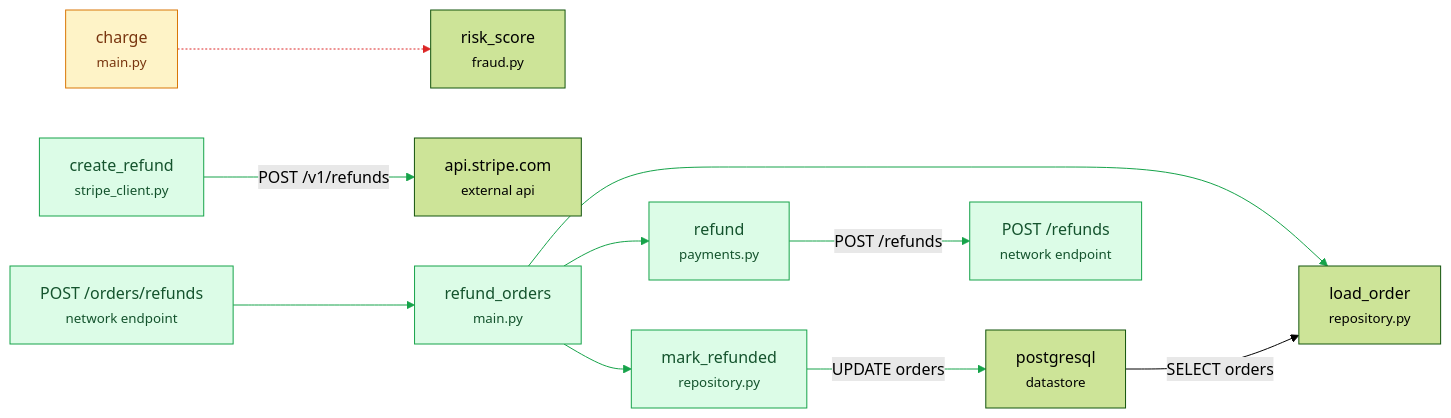
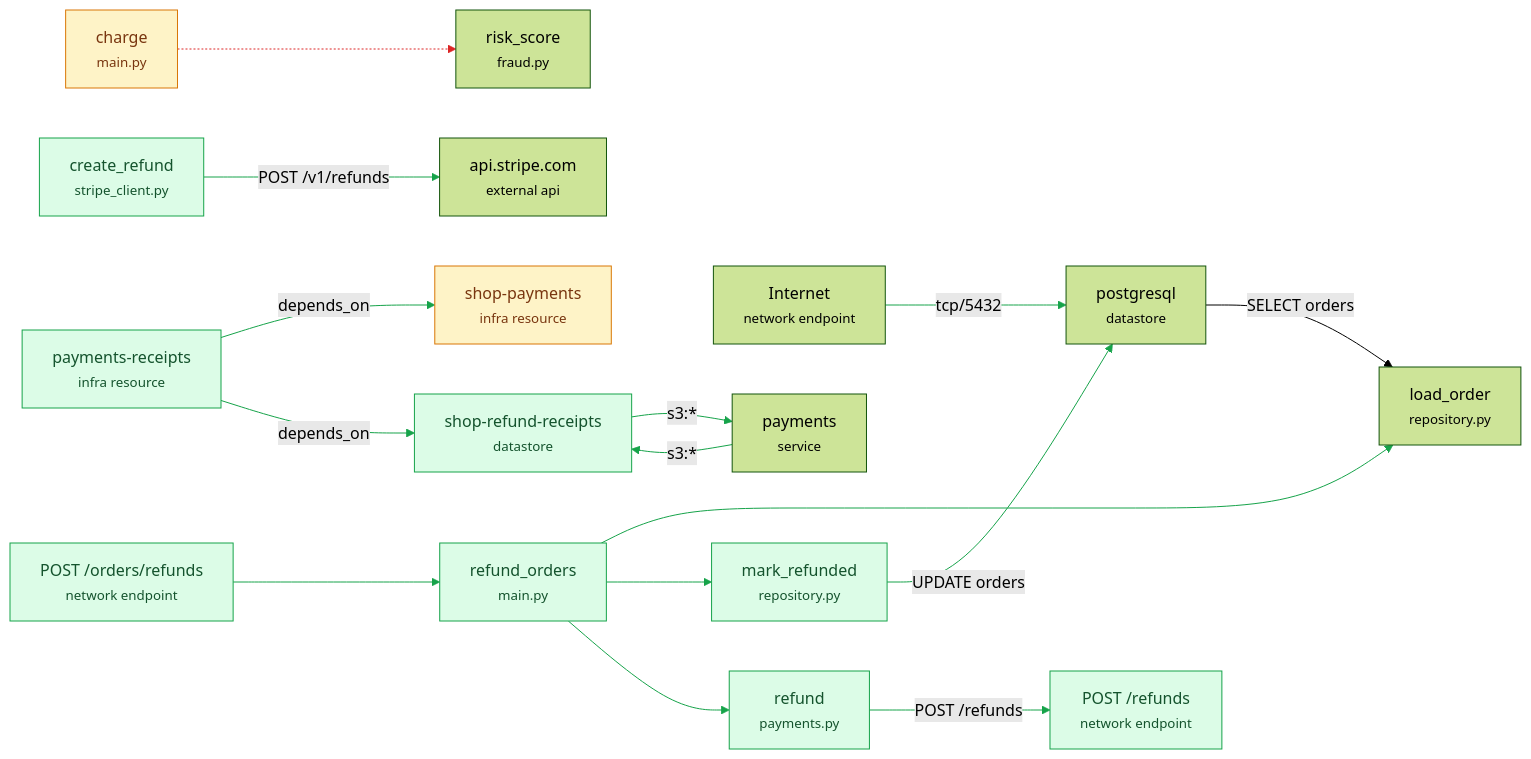
One commit to theorjiugovictor/breadth changed the diagram in examples/shop-pr.md. Above: the diagram before and after it, drawn with Mermaid (forest theme). The commit also changed other lines of this file and 36 other files, not shown here.

````diff
--- a/examples/shop-pr.md
+++ b/examples/shop-pr.md
@@ -23,36 +29,51 @@
 ```mermaid
 flowchart LR
-  n0["charge<br/><small>main.py</small>"]
-  n1["risk_score<br/><small>fraud.py</small>"]
-  n2["mark_refunded<br/><small>repository.py</small>"]
-  n3["postgresql<br/><small>datastore</small>"]
-  n4["create_refund<br/><small>stripe_client.py</small>"]
-  n5["api.stripe.com<br/><small>external api</small>"]
-  n6["refund_orders<br/><small>main.py</small>"]
-  n7["load_order<br/><small>repository.py</small>"]
-  n8["POST /orders/refunds<br/><small>network endpoint</small>"]
-  n9["POST /refunds<br/><small>network endpoint</small>"]
-  n10["refund<br/><small>payments.py</small>"]
-  n0 -.-> n1
-  n2 -->|"UPDATE orders"| n3
-  n4 -->|"POST /v1/refunds"| n5
-  n6 --> n7
-  n6 --> n2
-  n10 -->|"POST /refunds"| n9
-  n8 --> n6
-  n6 --> n10
-  n3 -->|"SELECT orders"| n7
+  n0["Internet<br/><small>network endpoint</small>"]
+  n1["postgresql<br/><small>datastore</small>"]
+  n2["shop-payments<br/><small>infra resource</small>"]
+  n3["charge<br/><small>main.py</small>"]
+  n4["risk_score<br/><small>fraud.py</small>"]
+  n5["mark_refunded<br/><small>repository.py</small>"]
+  n6["create_refund<br/><small>stripe_client.py</small>"]
+  n7["api.stripe.com<br/><small>external api</small>"]
+  n8["refund_orders<br/><small>main.py</small>"]
+  n9["load_order<br/><small>repository.py</small>"]
+  n10["POST /orders/refunds<br/><small>network endpoint</small>"]
+  n11["POST /refunds<br/><small>network endpoint</small>"]
+  n12["shop-refund-receipts<br/><small>datastore</small>"]
+  n13["payments<br/><small>service</small>"]
+  n14["refund<br/><small>payments.py</small>"]
+  n15["payments-receipts<br/><small>infra resource</small>"]
+  n0 -->|"tcp/5432"| n1
+  n3 -.-> n4
+  n5 -->|"UPDATE orders"| n1
+  n6 -->|"POST /v1/refunds"| n7
+  n8 --> n9
+  n8 --> n5
+  n13 -->|"s3:*"| n12
+  n14 -->|"POST /refunds"| n11
+  n12 -->|"s3:*"| n13
+  n10 --> n8
+  n8 --> n14
+  n1 -->|"SELECT orders"| n9
+  n15 -->|"depends_on"| n2
+  n15 -->|"depends_on"| n12
   classDef added fill:#dcfce7,stroke:#16a34a,color:#14532d
   classDef removed fill:#fee2e2,stroke:#dc2626,color:#7f1d1d,stroke-dasharray:4 3
   classDef changed fill:#fef3c7,stroke:#d97706,color:#78350f
-  class n2,n4,n6,n8,n9,n10 added
-  class n0 changed
-  linkStyle 0 stroke:#dc2626
-  linkStyle 1 stroke:#16a34a
+  class n5,n6,n8,n10,n11,n12,n14,n15 added
+  class n2,n3 changed
+  linkStyle 0 stroke:#16a34a
+  linkStyle 1 stroke:#dc2626
   linkStyle 2 stroke:#16a34a
   linkStyle 3 stroke:#16a34a
   linkStyle 4 stroke:#16a34a
   linkStyle 5 stroke:#16a34a
   linkStyle 6 stroke:#16a34a
   linkStyle 7 stroke:#16a34a
+  linkStyle 8 stroke:#16a34a
+  linkStyle 9 stroke:#16a34a
+  linkStyle 10 stroke:#16a34a
+  linkStyle 12 stroke:#16a34a
+  linkStyle 13 stroke:#16a34a
 ```
````
